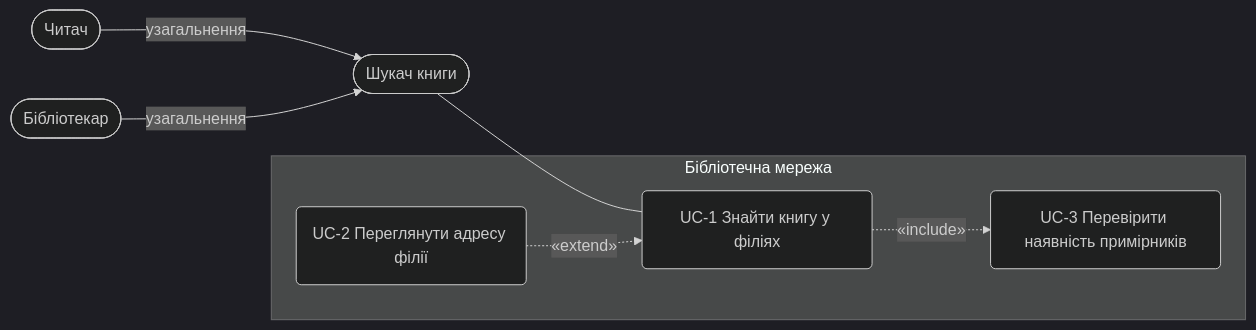
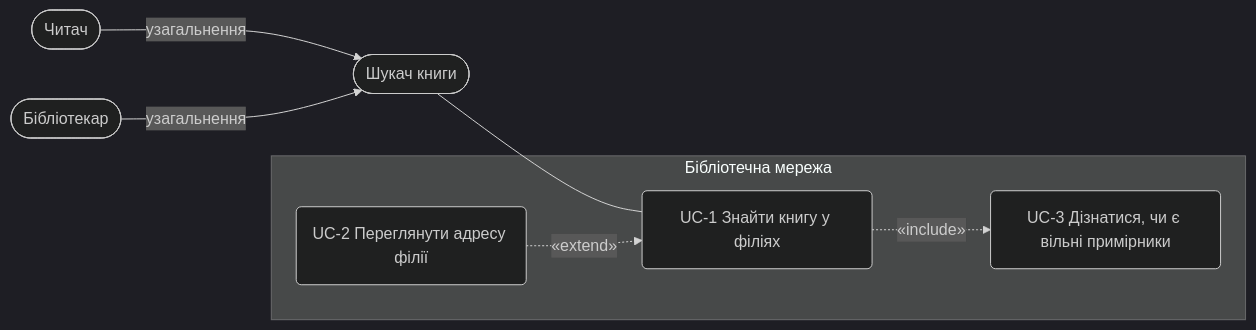
One commit to QkiS-00/se-requirements changed the diagram in lab2/docs/uc-diagram.md. Above: the diagram before and after it, drawn with Mermaid (dark theme). The commit also changed 2 other files, not shown here.

Commit message:
Переформулював UC-3 як потребу актора та пояснив його в spec, діаграмі й ADR

````diff
--- a/lab2/docs/uc-diagram.md
+++ b/lab2/docs/uc-diagram.md
@@ -3,19 +3,19 @@
 ```mermaid
 flowchart LR
     Reader(["Читач"])
     Librarian(["Бібліотекар"])
     Seeker(["Шукач книги"])
 
     Reader -->|"узагальнення"| Seeker
     Librarian -->|"узагальнення"| Seeker
 
     subgraph Library["Бібліотечна мережа"]
         UC1("UC-1 Знайти книгу у філіях")
         UC2("UC-2 Переглянути адресу філії")
-        UC3("UC-3 Перевірити наявність примірників")
+        UC3("UC-3 Дізнатися, чи є вільні примірники")
     end
 
     Seeker --- UC1
     UC1 -.->|"«include»"| UC3
     UC2 -.->|"«extend»"| UC1
 ```
````
